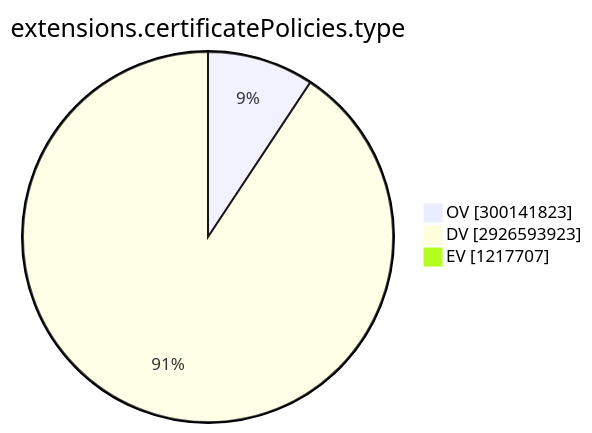
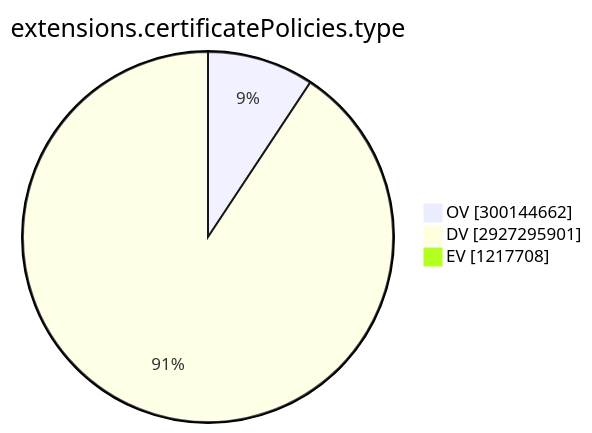
One commit to christiankrug/ctmonitor_visualization changed the ninth of 15 diagrams in TOTAL/README.md. Above: the diagram before and after it, drawn with Mermaid. The commit also changed other lines of this file, not shown here.

````diff
--- a/TOTAL/README.md
+++ b/TOTAL/README.md
@@ -3101,7 +3101,7 @@
 ```mermaid
 pie showData
 title extensions.certificatePolicies.type
-"OV" :300141823
-"DV" :2926593923
-"EV" :1217707
+"OV" :300144662
+"DV" :2927295901
+"EV" :1217708
 ```
````
